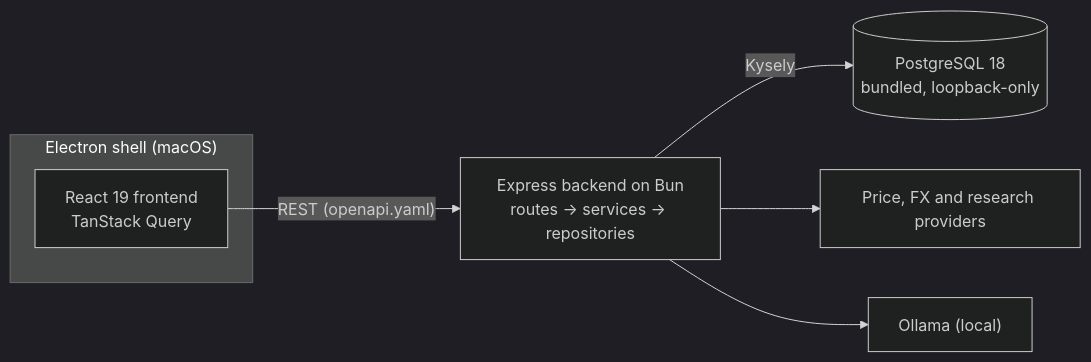
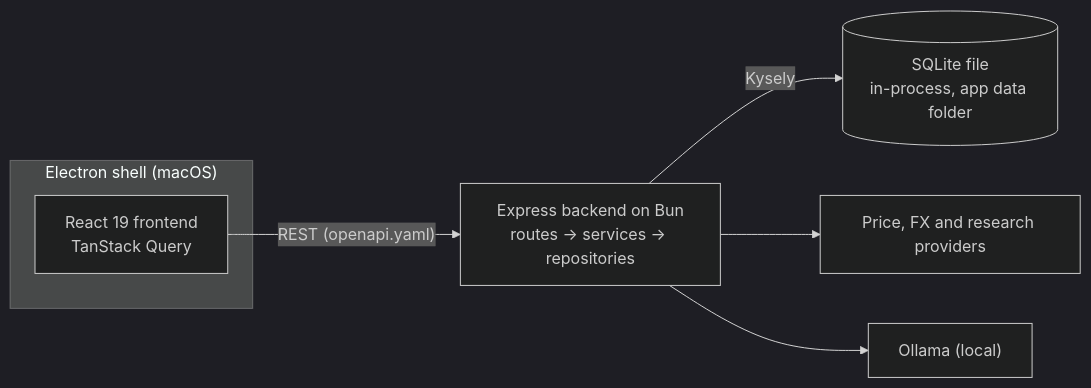
One commit to EraPartner/Vision changed the diagram in README.md. Above: the diagram before and after it, drawn with Mermaid (dark theme). The commit also changed other lines of this file and 604 other files, not shown here.

First line of the commit message:
feat!: replace PostgreSQL with in-process SQLite (ADR-263) (#394)

````diff
--- a/README.md
+++ b/README.md
@@ -147,10 +149,10 @@
 ```mermaid
 flowchart LR
   subgraph Electron["Electron shell (macOS)"]
     UI["React 19 frontend<br/>TanStack Query"]
   end
   UI -- "REST (openapi.yaml)" --> API["Express backend on Bun<br/>routes → services → repositories"]
-  API -- "Kysely" --> DB[("PostgreSQL 18<br/>bundled, loopback-only")]
+  API -- "Kysely" --> DB[("SQLite file<br/>in-process, app data folder")]
   API --> Ext["Price, FX and research providers"]
   API --> AI["Ollama (local)"]
 ```
````
